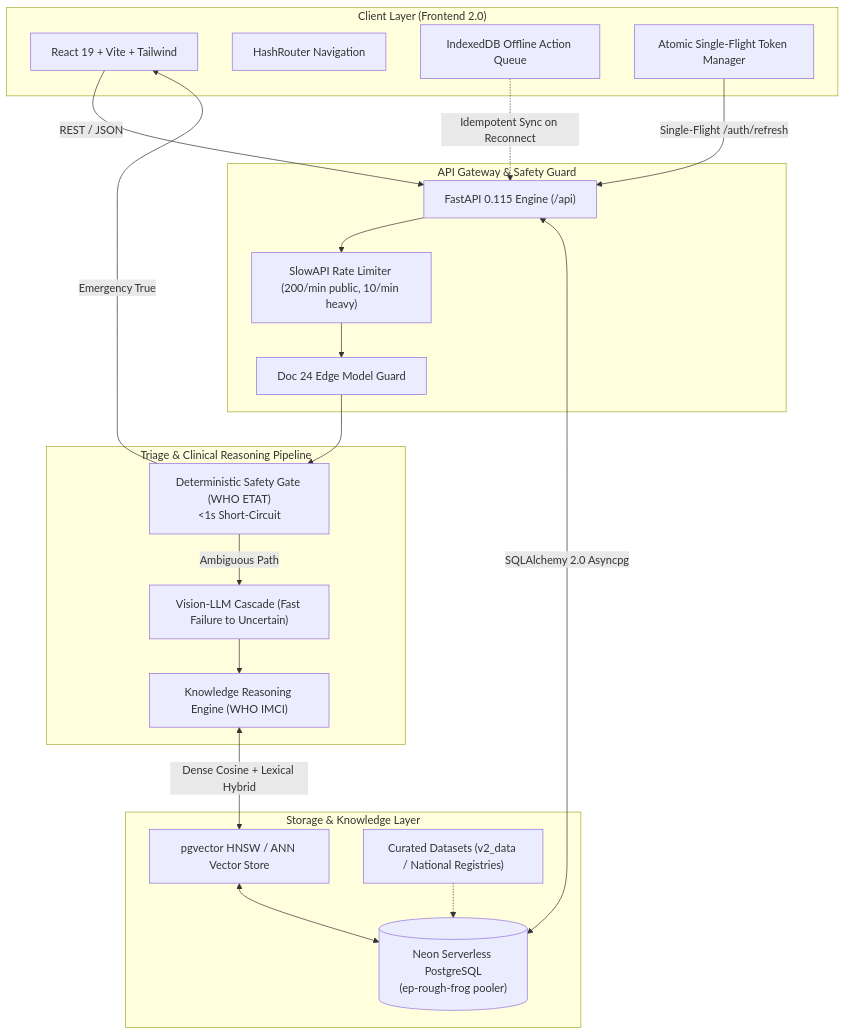
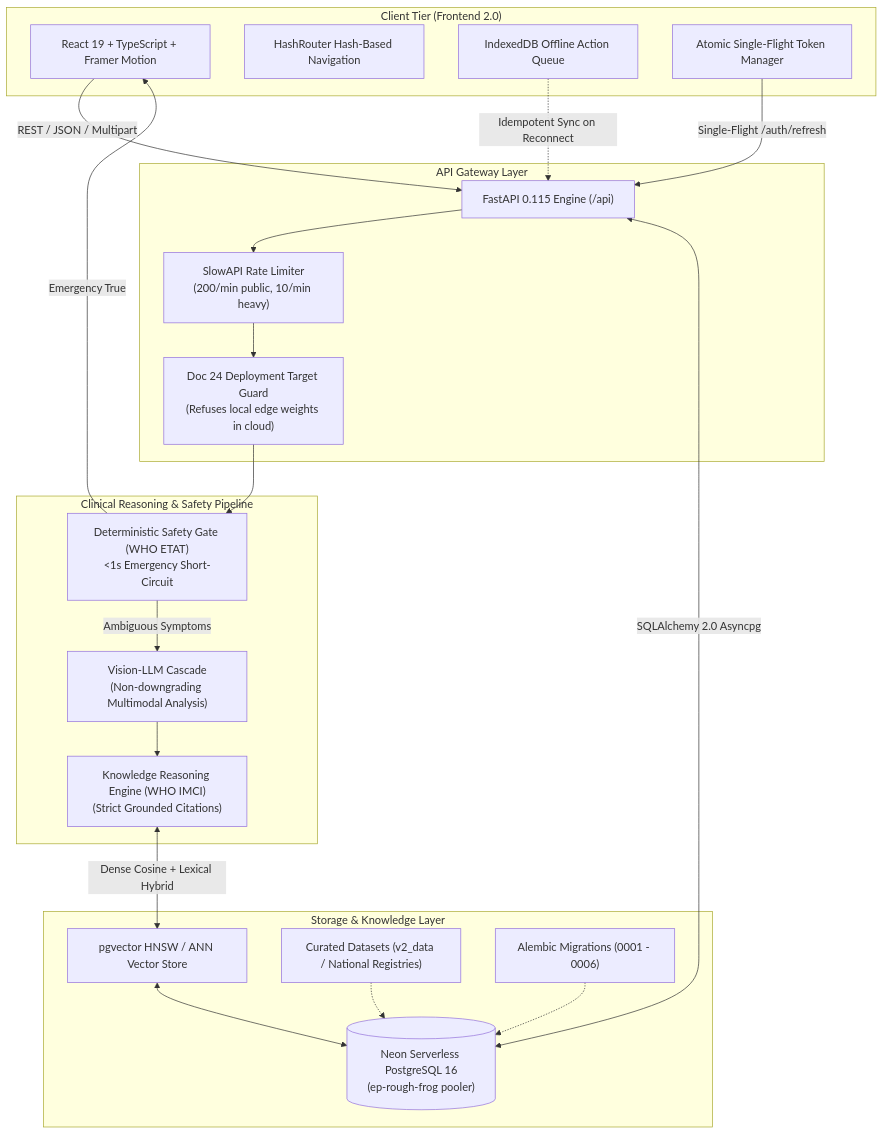
Before and after one commit to Soumik-Dev-Ai/Swasthya-Setu-Ai: the first of 3 diagrams in README.md, drawn with Mermaid. The commit also changed other lines of this file and 1 other file, not shown here.

Commit message:
docs: add comprehensive deep-dive analysis and interactive showcase README

````diff
--- a/README.md
+++ b/README.md
@@ -28,44 +35,46 @@
 ```mermaid
 flowchart TD
-    subgraph Client["Client Layer (Frontend 2.0)"]
-        UI["React 19 + Vite + Tailwind"]
-        HashNav["HashRouter Navigation"]
+    subgraph Client["Client Tier (Frontend 2.0)"]
+        UI["React 19 + TypeScript + Framer Motion"]
+        HashNav["HashRouter Hash-Based Navigation"]
         OfflineQueue["IndexedDB Offline Action Queue"]
         TokenStore["Atomic Single-Flight Token Manager"]
     end
 
-    subgraph Gateway["API Gateway & Safety Guard"]
+    subgraph Gateway["API Gateway Layer"]
         FastAPI["FastAPI 0.115 Engine (/api)"]
-        RateLimiter["SlowAPI Rate Limiter (200/min public, 10/min heavy)"]
-        EdgeGuard["Doc 24 Edge Model Guard"]
+        RateLimiter["SlowAPI Rate Limiter\n(200/min public, 10/min heavy)"]
+        EdgeGuard["Doc 24 Deployment Target Guard\n(Refuses local edge weights in cloud)"]
     end
 
-    subgraph CoreTriage["Triage & Clinical Reasoning Pipeline"]
-        RedFlagGate["Deterministic Safety Gate (WHO ETAT)\n<1s Short-Circuit"]
-        VisionCascade["Vision-LLM Cascade (Fast Failure to Uncertain)"]
-        ReasoningEngine["Knowledge Reasoning Engine (WHO IMCI)"]
+    subgraph CoreTriage["Clinical Reasoning & Safety Pipeline"]
+        RedFlagGate["Deterministic Safety Gate (WHO ETAT)\n<1s Emergency Short-Circuit"]
+        VisionCascade["Vision-LLM Cascade\n(Non-downgrading Multimodal Analysis)"]
+        ReasoningEngine["Knowledge Reasoning Engine (WHO IMCI)\n(Strict Grounded Citations)"]
     end
 
     subgraph DataRAG["Storage & Knowledge Layer"]
-        NeonDB[("Neon Serverless PostgreSQL\n(ep-rough-frog pooler)")]
+        NeonDB[("Neon Serverless PostgreSQL 16\n(ep-rough-frog pooler)")]
         PgVector["pgvector HNSW / ANN Vector Store"]
         CuratedData["Curated Datasets (v2_data / National Registries)"]
+        Alembic["Alembic Migrations (0001 - 0006)"]
     end
 
-    UI -->|REST / JSON| FastAPI
+    UI -->|REST / JSON / Multipart| FastAPI
     OfflineQueue -.->|Idempotent Sync on Reconnect| FastAPI
     TokenStore -->|Single-Flight /auth/refresh| FastAPI
 
     FastAPI --> RateLimiter
     RateLimiter --> EdgeGuard
     EdgeGuard --> RedFlagGate
 
     RedFlagGate -->|Emergency True| UI
-    RedFlagGate -->|Ambiguous Path| VisionCascade
+    RedFlagGate -->|Ambiguous Symptoms| VisionCascade
     VisionCascade --> ReasoningEngine
     ReasoningEngine <-->|Dense Cosine + Lexical Hybrid| PgVector
     PgVector <--> NeonDB
 
     FastAPI <-->|SQLAlchemy 2.0 Asyncpg| NeonDB
     CuratedData -.-> NeonDB
+    Alembic -.-> NeonDB
 ```
````
